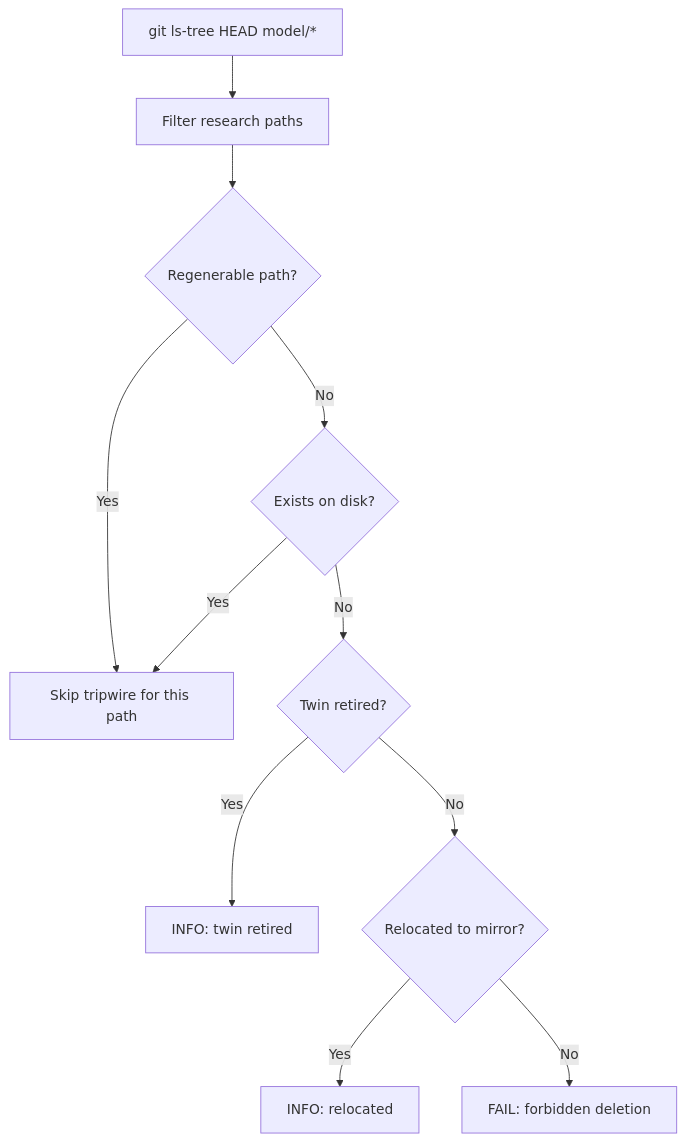
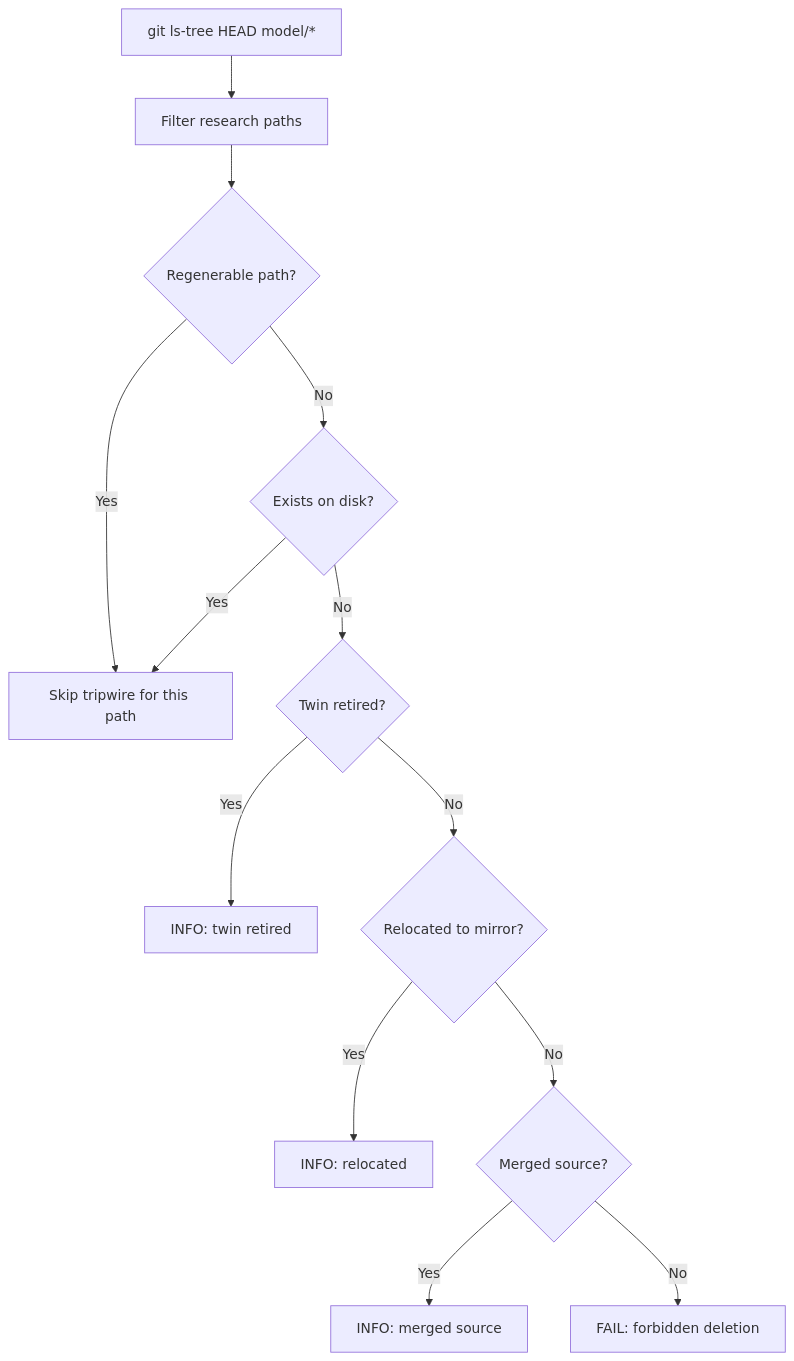
One commit to delirium-dj/modelcomp changed the seventh of 9 diagrams in .qoder/repowiki/en/content/Data Management System/Data Synchronization Pipeline/Sync Script Overview.md. Above: the diagram before and after it, drawn with Mermaid. The commit also changed other lines of this file and 147 other files, not shown here.

````diff
--- a/.qoder/repowiki/en/content/Data Management System/Data Synchronization Pipeline/Sync Script Overview.md
+++ b/.qoder/repowiki/en/content/Data Management System/Data Synchronization Pipeline/Sync Script Overview.md
@@ -332,13 +399,15 @@
 ```mermaid
 flowchart TD
 HeadFiles["git ls-tree HEAD model/*"] --> Filter["Filter research paths"]
 Filter --> Exempt{"Regenerable path?"}
 Exempt --> |Yes| Next["Skip tripwire for this path"]
 Exempt --> |No| Exists{"Exists on disk?"}
 Exists --> |Yes| Next
 Exists --> |No| TwinCheck{"Twin retired?"}
 TwinCheck --> |Yes| InfoRetired["INFO: twin retired"]
 TwinCheck --> |No| MirrorCheck{"Relocated to mirror?"}
 MirrorCheck --> |Yes| InfoMoved["INFO: relocated"]
-MirrorCheck --> |No| FailDelete["FAIL: forbidden deletion"]
+MirrorCheck --> |No| MergeCheck{"Merged source?"}
+MergeCheck --> |Yes| InfoMerged["INFO: merged source"]
+MergeCheck --> |No| FailDelete["FAIL: forbidden deletion"]
 ```
````
